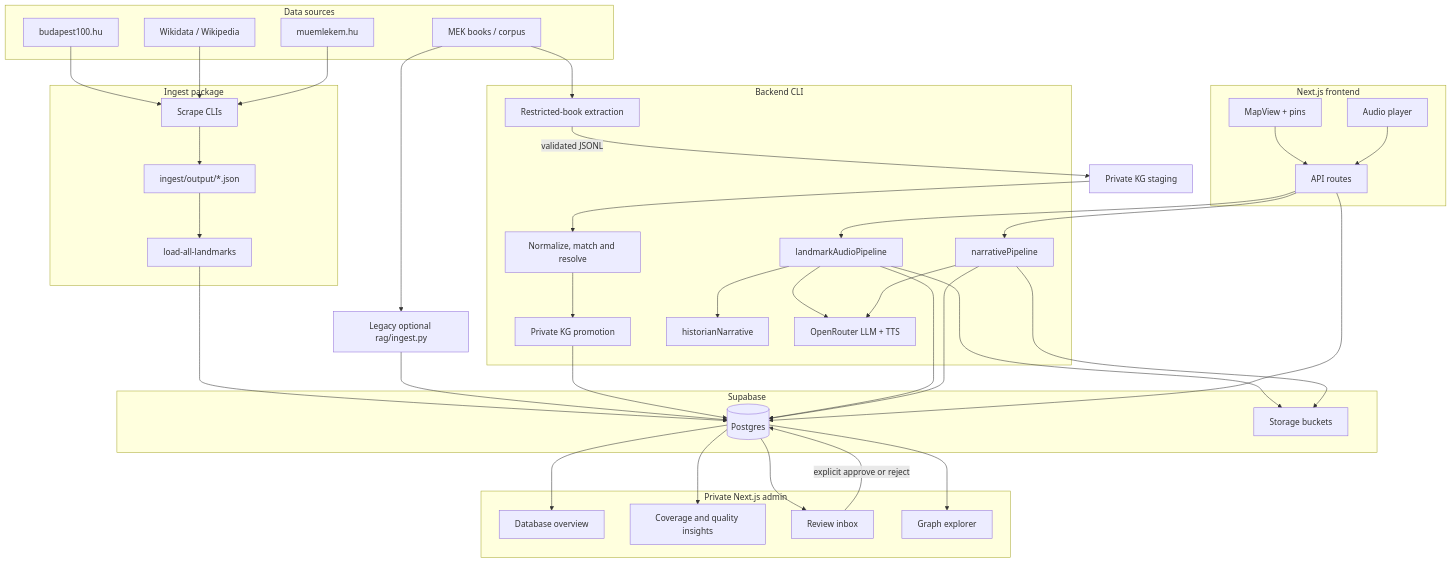
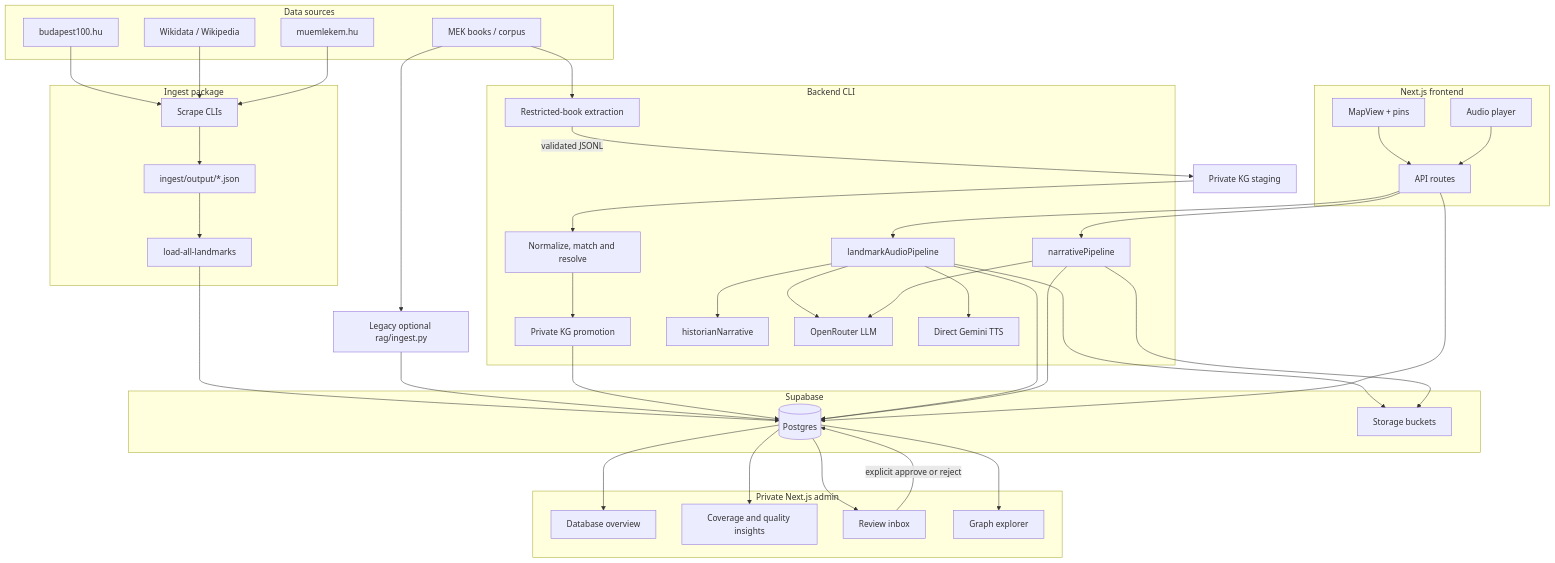
One commit to adrienns/talesofbudapest changed the diagram in docs/architecture.md. Above: the diagram before and after it, drawn with Mermaid. The commit also changed 8 other files, not shown here.

````diff
--- a/docs/architecture.md
+++ b/docs/architecture.md
@@ -5,77 +5,79 @@
 ```mermaid
 flowchart TB
   subgraph sources [Data sources]
     B100[budapest100.hu]
     Wiki[Wikidata / Wikipedia]
     Muem[muemlekem.hu]
     Books[MEK books / corpus]
   end
 
   subgraph ingest [Ingest package]
     Scrape[Scrape CLIs]
     JSON[ingest/output/*.json]
     Load[load-all-landmarks]
   end
 
   subgraph storage [Supabase]
     PG[(Postgres)]
     S3[Storage buckets]
   end
 
   subgraph backend [Backend CLI]
     Extract[Restricted-book extraction]
     Resolve[Normalize, match and resolve]
     Promote[Private KG promotion]
     Historian[historianNarrative]
     Audio[landmarkAudioPipeline]
     Narrative[narrativePipeline]
-    OR[OpenRouter LLM + TTS]
+    OR[OpenRouter LLM]
+    Gemini[Direct Gemini TTS]
   end
 
   subgraph frontend [Next.js frontend]
     Map[MapView + pins]
     Player[Audio player]
     API[API routes]
   end
 
   subgraph admin [Private Next.js admin]
     AdminOverview[Database overview]
     AdminInsights[Coverage and quality insights]
     AdminReview[Review inbox]
     AdminGraph[Graph explorer]
   end
 
   B100 --> Scrape
   Wiki --> Scrape
   Muem --> Scrape
   Scrape --> JSON
   JSON --> Load
   Load --> PG
 
   Books --> RAG[Legacy optional rag/ingest.py]
   RAG --> PG
   Books --> Extract
   Extract -->|validated JSONL| Stage[Private KG staging]
   Stage --> Resolve
   Resolve --> Promote
   Promote --> PG
 
   API --> Audio
   API --> Narrative
   Audio --> Historian
   Audio --> OR
+  Audio --> Gemini
   Narrative --> OR
   Audio --> S3
   Narrative --> S3
   Audio --> PG
   Narrative --> PG
 
   Map --> API
   API --> PG
   Player --> API
   PG --> AdminOverview
   PG --> AdminInsights
   PG --> AdminGraph
   PG --> AdminReview
   AdminReview -->|explicit approve or reject| PG
 ```
````
